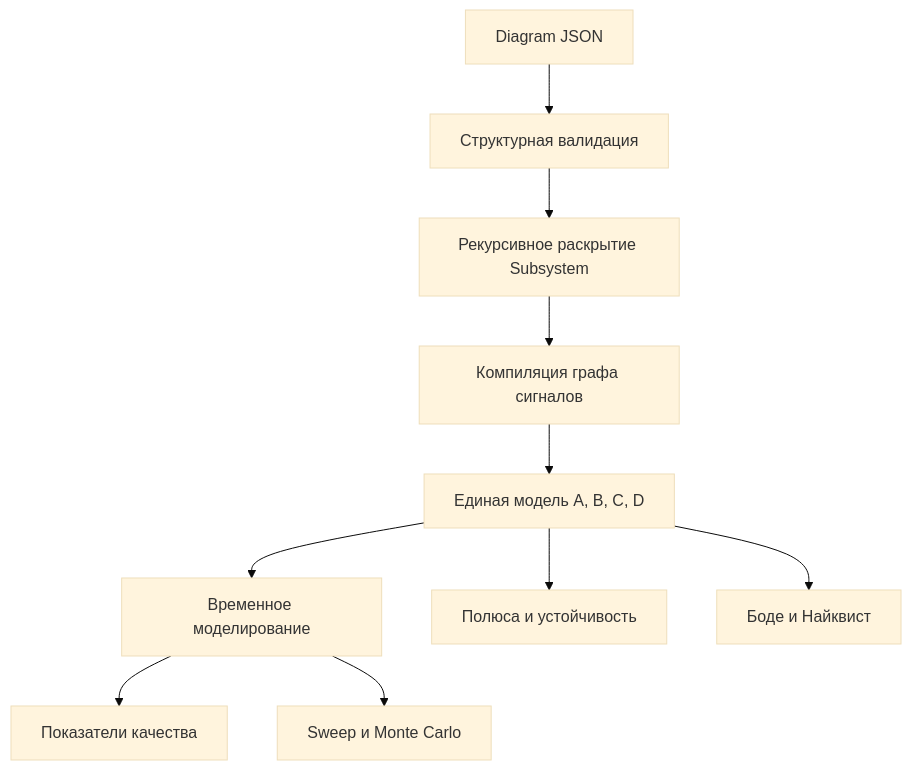
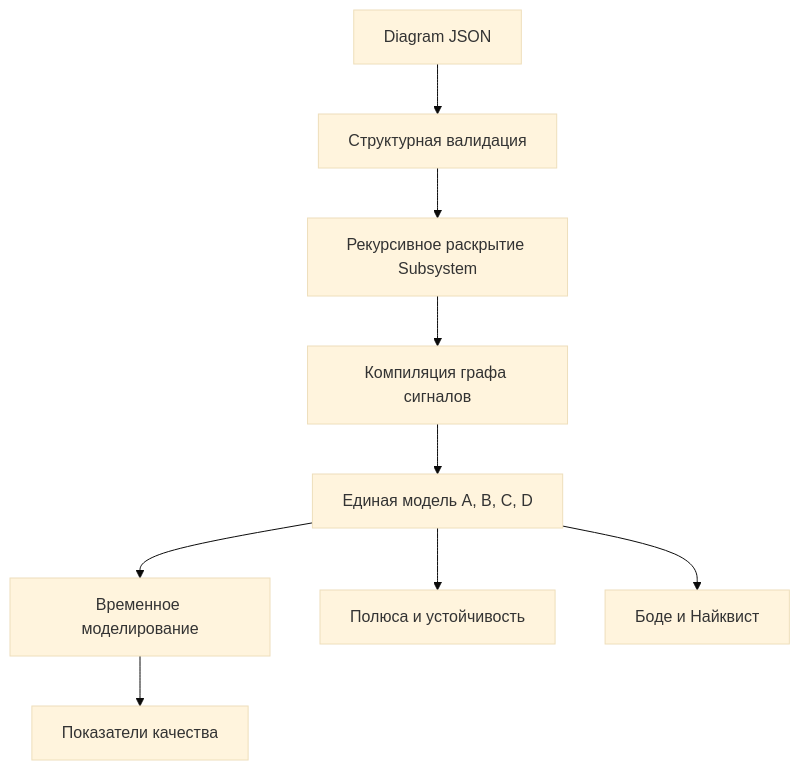
The second of 3 diagrams in docs/architecture_overview.md (quenyu/NIR), drawn with Mermaid (base theme) before and after one commit. The commit also changed 80 other files, not shown here.

````diff
--- a/docs/architecture_overview.md
+++ b/docs/architecture_overview.md
@@ -22,12 +22,11 @@
 ```mermaid
 flowchart TD
     J["Diagram JSON"] --> V["Структурная валидация"]
     V --> H["Рекурсивное раскрытие Subsystem"]
     H --> G["Компиляция графа сигналов"]
     G --> S["Единая модель A, B, C, D"]
     S --> T["Временное моделирование"]
     S --> ST["Полюса и устойчивость"]
     S --> FR["Боде и Найквист"]
     T --> Q["Показатели качества"]
-    T --> MC["Sweep и Monte Carlo"]
 ```
````
